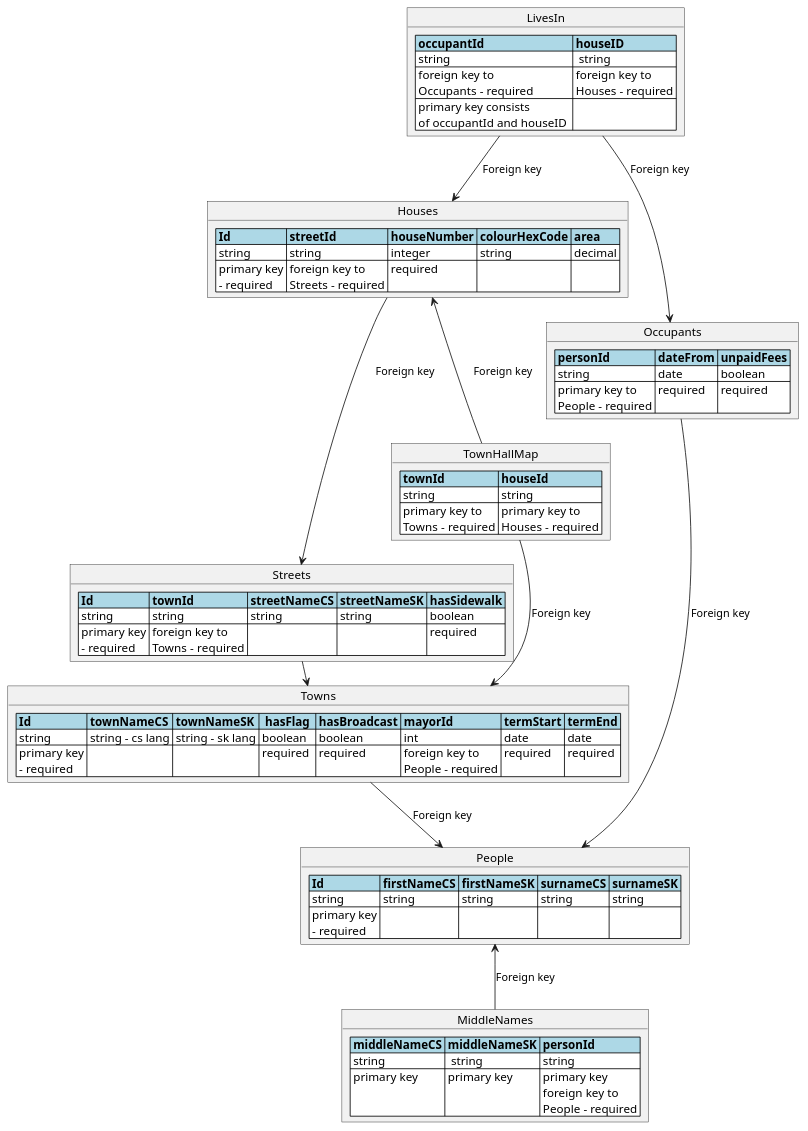
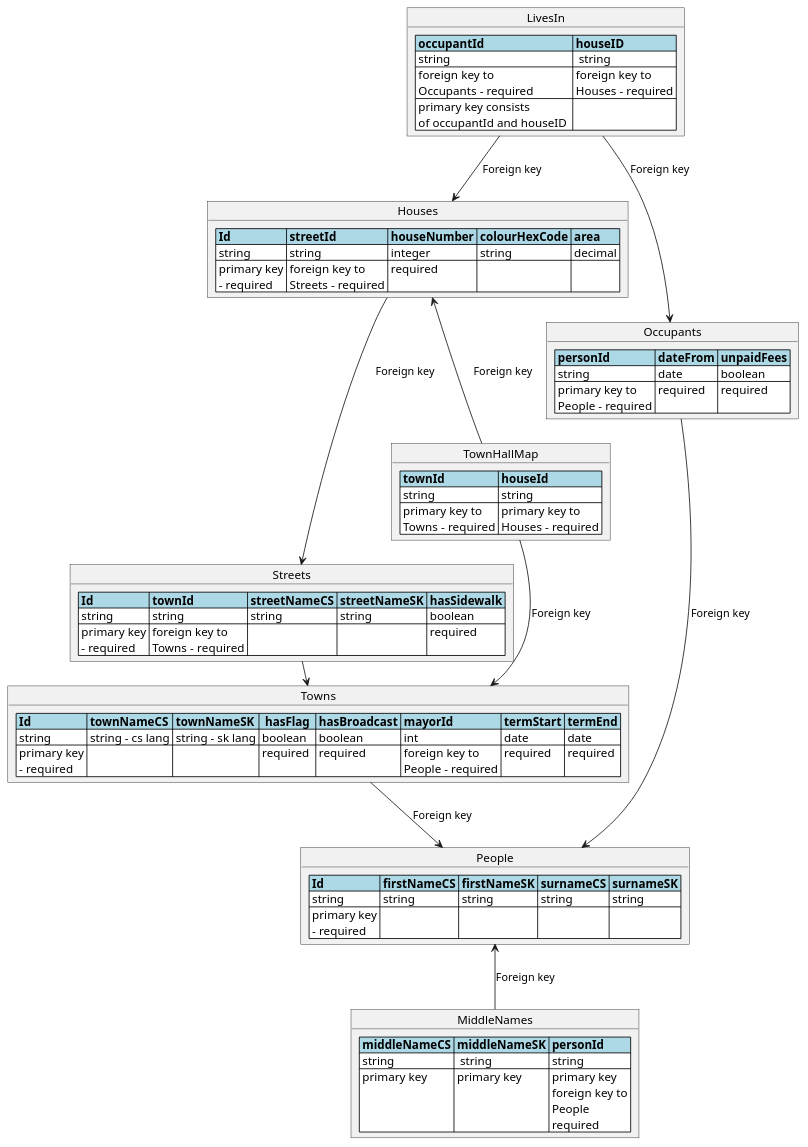
One commit to michael-sevcik/NPRG036-Data-Formats changed the diagram in 4/model/ralational.plantuml. Above: the diagram before and after it, drawn with PlantUML.

```diff
--- a/4/model/ralational.plantuml
+++ b/4/model/ralational.plantuml
@@ -1,69 +1,69 @@
 @startuml townDiagram
 
 hide circle
 
 object Towns {
   <#lightblue,#black>|= Id |= townNameCS |= townNameSK |=  hasFlag  |= hasBroadcast |= mayorId |= termStart |= termEnd |
   <#white>| string | string - cs lang | string - sk lang | boolean | boolean | int | date | date |
   <#white>| primary key \n - required | | | required | required | foreign key to \n People - required | required | required |
 }
 
 object People {
   <#lightblue,#black>|= Id |= firstNameCS |= firstNameSK |= surnameCS |= surnameSK |
   <#white>| string | string | string | string | string |
   <#white>| primary key \n - required | | | | |
 }
 
 object LivesIn {
   <#lightblue,#black>|= occupantId |= houseID |
   <#white>| string |  string |
   <#white>| foreign key to \n Occupants - required | foreign key to \n Houses - required |
   <#white>| primary key consists \n of occupantId and houseID  | |
 }
 
 object MiddleNames {
   <#lightblue,#black>|= middleNameCS |= middleNameSK |= personId |
   <#white>| string |  string | string |
-  <#white>| primary key  | primary key | primary key \n foreign key to \n People - required |
+  <#white>| primary key  | primary key | primary key \n foreign key to \n People \n required |
 }
 
 object Occupants {
   <#lightblue,#black>|= personId |= dateFrom |= unpaidFees |
   <#white>| string | date | boolean |
   <#white>| primary key to \n People - required | required | required |
 }
 
 object TownHallMap {
   <#lightblue,#black>|= townId |= houseId |
   <#white>| string | string |
   <#white>| primary key to \n Towns - required | primary key to \n Houses - required | date \n - required | boolean \n - required |
 }
 
 ' TODO: the same problem with streetName and langs
 object Streets {
   <#lightblue,#black>|= Id |= townId |= streetNameCS |= streetNameSK |= hasSidewalk |
   <#white>| string | string | string | string | boolean |
   <#white>| primary key \n - required | foreign key to \n Towns - required | | | required |
 }
 
 object Houses {
   <#lightblue,#black>|= Id |= streetId |= houseNumber |= colourHexCode |= area |
   <#white>| string | string | integer | string | decimal |
   <#white>| primary key \n - required | foreign key to \n Streets - required | required | | |
 }
 
 Occupants -d-> People : "Foreign key"
 Houses -d-> Streets : "Foreign key"
 Streets -> Towns : "Foreign key"
 Towns -d-> People : "Foreign key"
 MiddleNames -u-> People : "Foreign key"
 TownHallMap --> Towns : "Foreign key"
 TownHallMap -u-> Houses : "Foreign key"
 LivesIn --> Occupants : "Foreign key"
 LivesIn --> Houses : "Foreign key"
 
 
 
 
 
 @enduml
```
